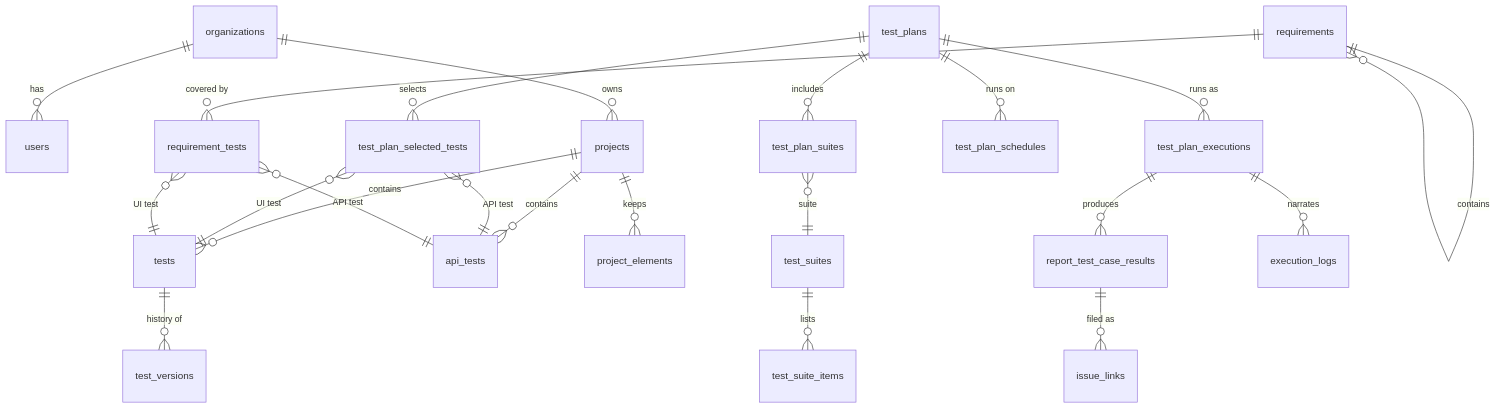
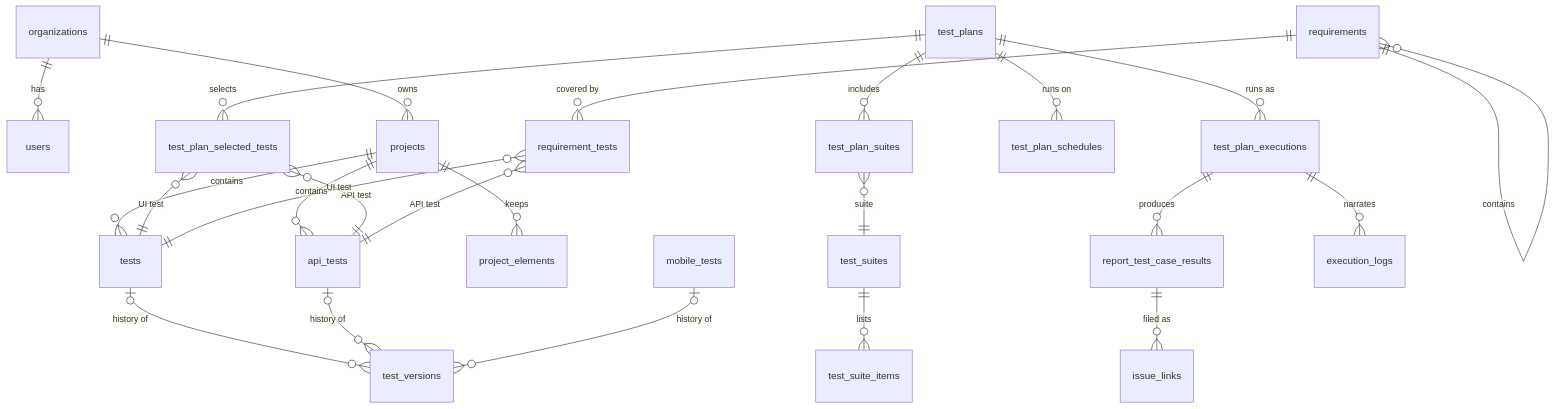
One commit to Markg981/WebFlowMaster changed the diagram in docs/en/internals/data-model.md. Above: the diagram before and after it, drawn with Mermaid. The commit also changed other lines of this file and 54 other files, not shown here.

Commit message:
feat: extend version history and approved publishing to API and mobile tests

````diff
--- a/docs/en/internals/data-model.md
+++ b/docs/en/internals/data-model.md
@@ -13,24 +13,26 @@
 ```mermaid
 erDiagram
   organizations ||--o{ users : has
   organizations ||--o{ projects : owns
   projects ||--o{ tests : contains
   projects ||--o{ api_tests : contains
   projects ||--o{ project_elements : keeps
-  tests ||--o{ test_versions : "history of"
+  tests |o--o{ test_versions : "history of"
+  api_tests |o--o{ test_versions : "history of"
+  mobile_tests |o--o{ test_versions : "history of"
   test_plans ||--o{ test_plan_selected_tests : selects
   test_plan_selected_tests }o--|| tests : "UI test"
   test_plan_selected_tests }o--|| api_tests : "API test"
   test_plans ||--o{ test_plan_suites : includes
   test_plan_suites }o--|| test_suites : suite
   test_suites ||--o{ test_suite_items : lists
   requirements ||--o{ requirements : contains
   requirements ||--o{ requirement_tests : "covered by"
   requirement_tests }o--|| tests : "UI test"
   requirement_tests }o--|| api_tests : "API test"
   test_plans ||--o{ test_plan_schedules : "runs on"
   test_plans ||--o{ test_plan_executions : "runs as"
   test_plan_executions ||--o{ report_test_case_results : produces
   test_plan_executions ||--o{ execution_logs : narrates
   report_test_case_results ||--o{ issue_links : "filed as"
 ```
````
